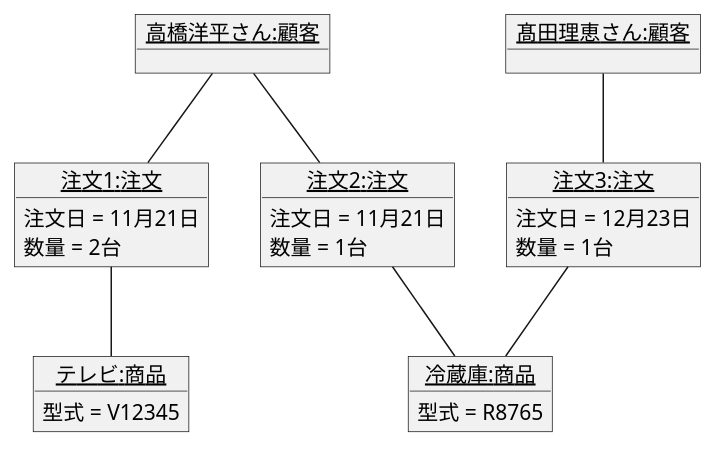
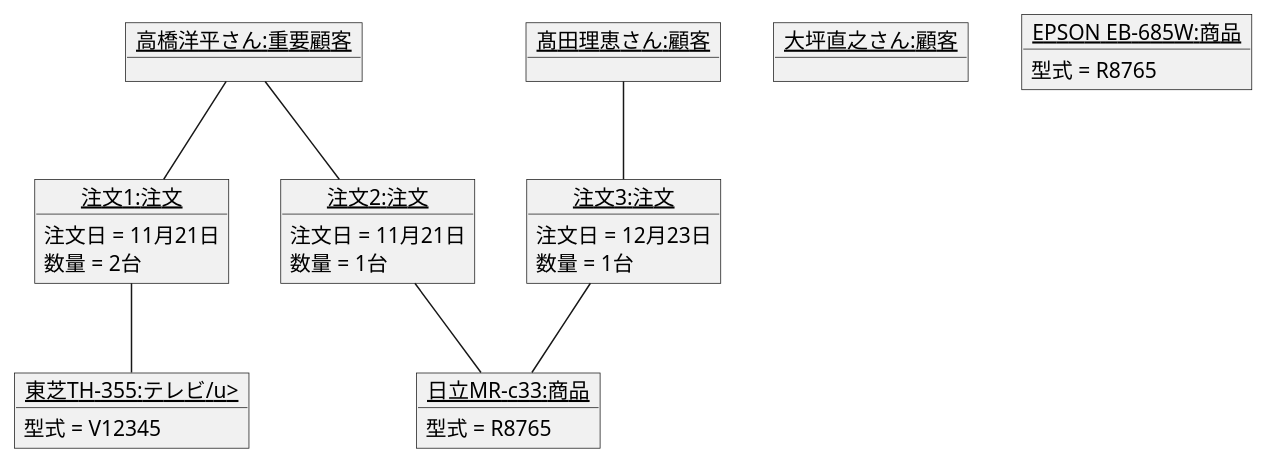
Before and after one commit to Aishin12/uml_introduction: the diagram in 演習3-7_OBJ_注文のオブジェクト図.pu, drawn with PlantUML.

Commit message:
演習3-7 修正

```diff
--- a/演習3-7_OBJ_注文のオブジェクト図.pu
+++ b/演習3-7_OBJ_注文のオブジェクト図.pu
@@ -1,35 +1,39 @@
 @startuml 注文
-object "<u>高橋洋平さん:顧客</u>" as c1{
+object "<u>高橋洋平さん:重要顧客</u>" as c1{
 }
 object "<u>髙田理恵さん:顧客</u>" as c2{
 }
-
+object "<u>大坪直之さん:顧客</u>" as c3{
+}
 
 object "<u>注文1:注文</u>" as o1{
     注文日 = 11月21日
     数量 = 2台
 }
 object "<u>注文2:注文</u>" as o2{
     注文日 = 11月21日
     数量 = 1台
 }
 object "<u>注文3:注文</u>" as o3{
     注文日 = 12月23日
     数量 = 1台
 }
 
-object "<u>テレビ:商品</u>" as p1{
+object "<u>東芝TH-355:テレビ/u>" as p1{
     型式 = V12345
 }
-object "<u>冷蔵庫:商品</u>" as p2{
+object "<u>日立MR-c33:商品</u>" as p2{
     型式 = R8765
 }
 
+object "<u>EPSON EB-685W:商品</u>" as p3{
+    型式 = R8765
+}
 c1 -- o1
 c1 -- o2
 c2 -- o3
 
 o1 -- p1
 o2 -- p2
 o3 -- p2
 @enduml
```
